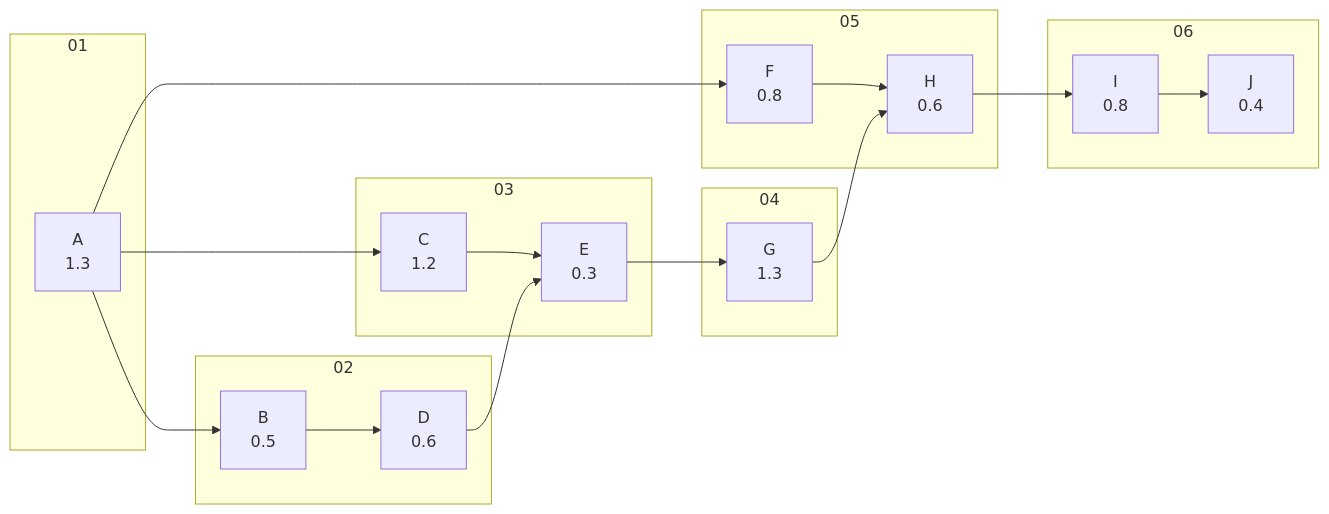
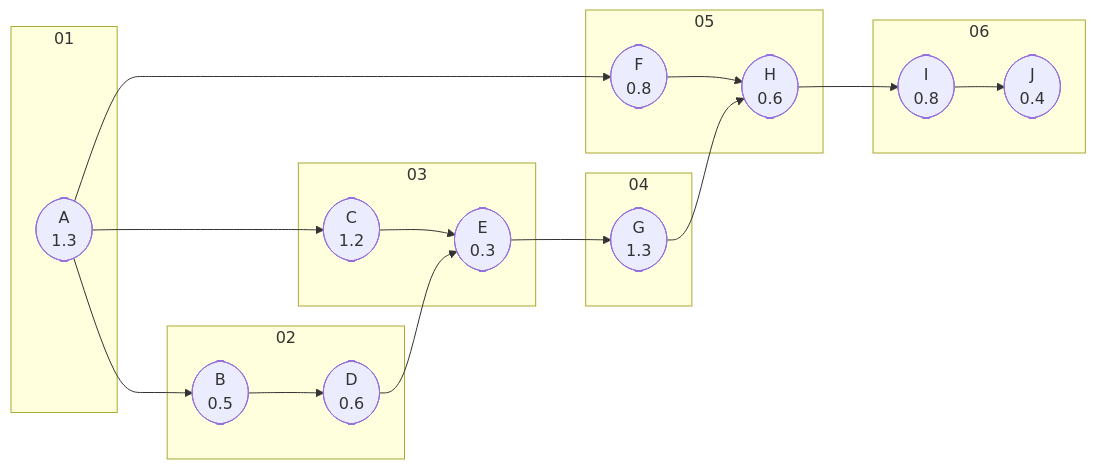
One commit to yeonkyupark/pepc2e changed the seventh of 12 diagrams in 0202프로세스진도관리.qmd. Above: the diagram before and after it, drawn with Mermaid. The commit also changed other lines of this file, not shown here.

````diff
--- a/0202프로세스진도관리.qmd
+++ b/0202프로세스진도관리.qmd
@@ -367,48 +369,48 @@
 ```{mermaid}
 flowchart LR
 
-A[A<br>1.3]
-B[B<br>0.5]
-C[C<br>1.2]
-D[D<br>0.6]
-E[E<br>0.3]
-F[F<br>0.8]
-G[G<br>1.3]
-H[H<br>0.6]
-I[I<br>0.8]
-J[J<br>0.4]
+A([A<br>1.3])
+B([B<br>0.5])
+C([C<br>1.2])
+D([D<br>0.6])
+E([E<br>0.3])
+F([F<br>0.8])
+G([G<br>1.3])
+H([H<br>0.6])
+I([I<br>0.8])
+J([J<br>0.4])
 
 subgraph 01
 A
 end
 subgraph 02
 B
 D
 end
 subgraph 03
 C
 E
 end
 subgraph 04
 G
 end
 subgraph 05
 F
 H
 end
 subgraph 06
 I
 J
 end
 
 A --> B
 A ---> C
 B --> D
 C & D --> E
 A ----> F
 E --> G
 F --> H
 G --> H
 H --> I
 I --> J
 ```
````
